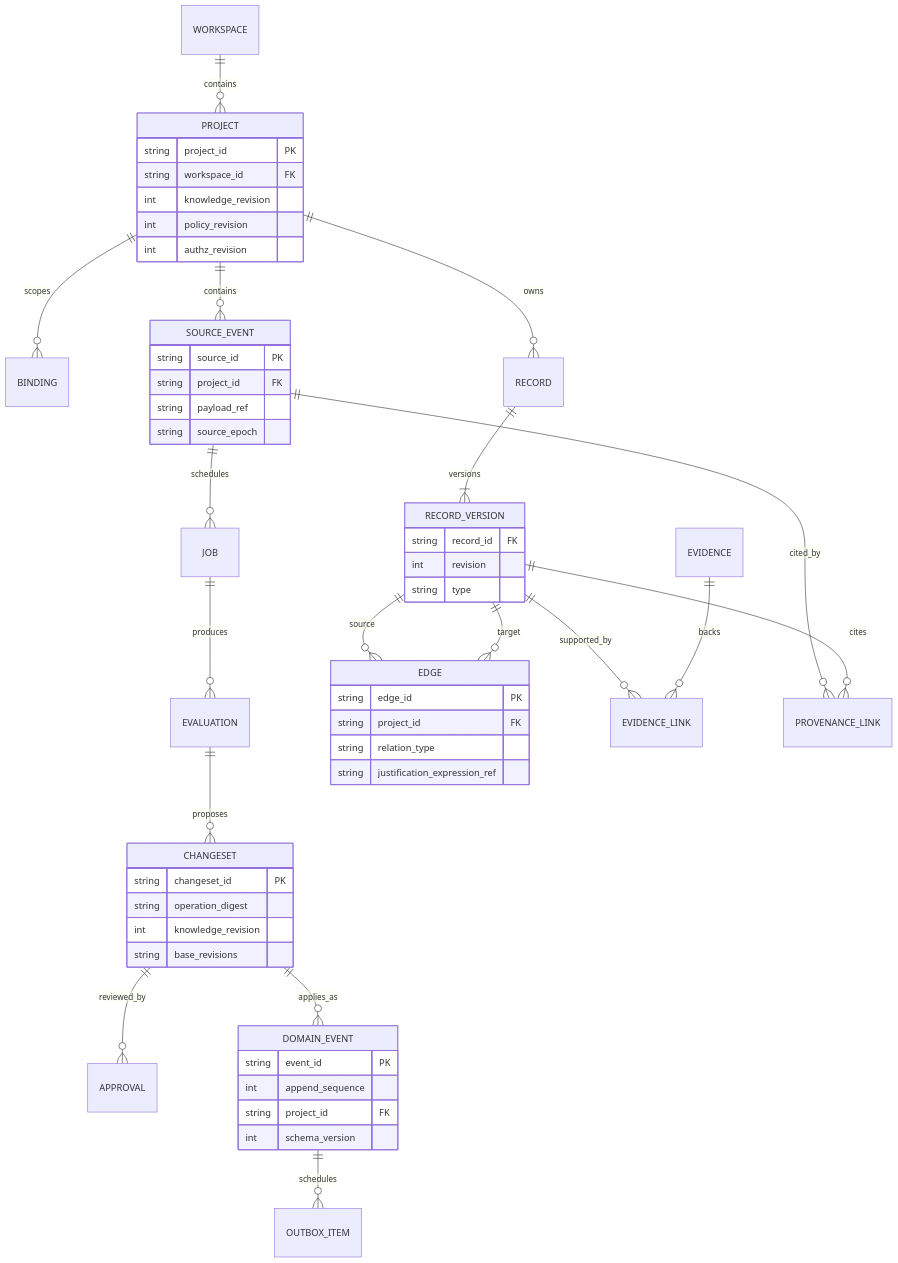
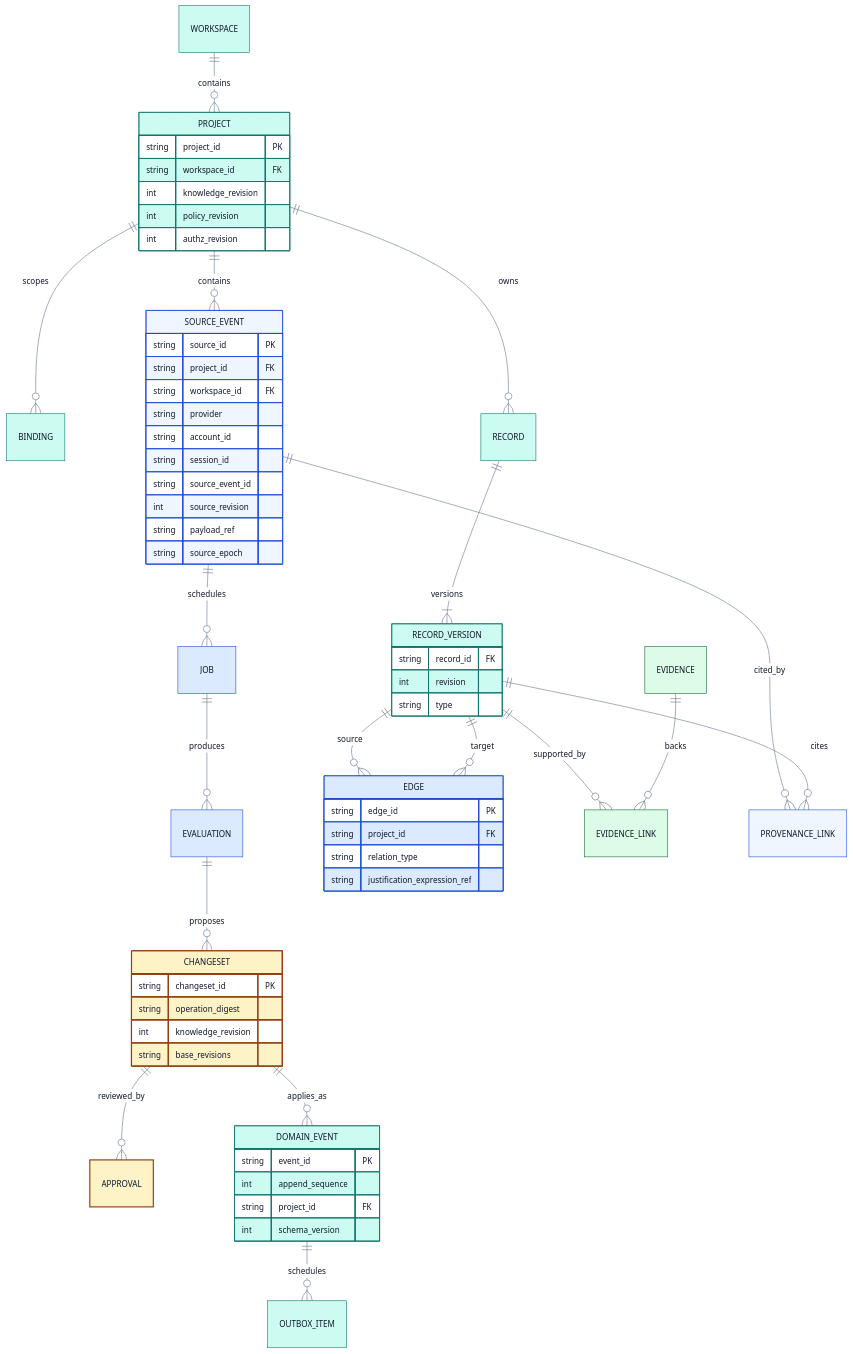
One commit to alphanAkbulut/decivora changed the third of 13 diagrams in docs/architecture/diagrams.md. Above: the diagram before and after it, drawn with Mermaid. The commit also changed other lines of this file and 21 other files, not shown here.

Commit message:
Refresh all Mermaid diagrams, clarify decision states and document rendering evidence

````diff
--- a/docs/architecture/diagrams.md
+++ b/docs/architecture/diagrams.md
@@ -78,56 +112,75 @@
 ```mermaid
+%%{init: {"theme":"base","themeVariables":{"fontFamily":"Arial, sans-serif","fontSize":"14px","primaryColor":"#eff6ff","primaryTextColor":"#0f172a","primaryBorderColor":"#1d4ed8","lineColor":"#64748b","secondaryColor":"#ccfbf1","tertiaryColor":"#f1f5f9","background":"#ffffff","mainBkg":"#eff6ff","textColor":"#0f172a","clusterBkg":"#f8fafc","clusterBorder":"#94a3b8","edgeLabelBackground":"#ffffff","actorBkg":"#eff6ff","actorTextColor":"#0f172a","actorBorder":"#1d4ed8","signalColor":"#64748b","signalTextColor":"#0f172a","noteBkgColor":"#fef3c7","noteTextColor":"#0f172a","noteBorderColor":"#92400e"},"flowchart":{"htmlLabels":false,"curve":"linear"},"sequence":{"wrap":true},"themeCSS":"background-color:#ffffff;"}}%%
 erDiagram
+    accTitle: Kanonik mantıksal veri modeli
+    accDescr: Önerilen tasarım veya açıkça belirtilen sentetik örnek. Renkler alan ve kontrol türünü gösterir; implemented veya passed kanıtı değildir. Yetki, revision ve coverage sınırları korunur.
     WORKSPACE ||--o{ PROJECT : contains
     PROJECT ||--o{ BINDING : scopes
     PROJECT ||--o{ SOURCE_EVENT : contains
     PROJECT ||--o{ RECORD : owns
     SOURCE_EVENT ||--o{ JOB : schedules
     JOB ||--o{ EVALUATION : produces
     EVALUATION ||--o{ CHANGESET : proposes
     CHANGESET ||--o{ APPROVAL : reviewed_by
     CHANGESET ||--o{ DOMAIN_EVENT : applies_as
     RECORD ||--|{ RECORD_VERSION : versions
     RECORD_VERSION ||--o{ EDGE : source
     RECORD_VERSION ||--o{ EDGE : target
     RECORD_VERSION ||--o{ EVIDENCE_LINK : supported_by
     EVIDENCE ||--o{ EVIDENCE_LINK : backs
     SOURCE_EVENT ||--o{ PROVENANCE_LINK : cited_by
     RECORD_VERSION ||--o{ PROVENANCE_LINK : cites
     DOMAIN_EVENT ||--o{ OUTBOX_ITEM : schedules
     PROJECT {
         string project_id PK
         string workspace_id FK
         int knowledge_revision
         int policy_revision
         int authz_revision
     }
     SOURCE_EVENT {
         string source_id PK
         string project_id FK
+        string workspace_id FK
+        string provider
+        string account_id
+        string session_id
+        string source_event_id
+        int source_revision
         string payload_ref
         string source_epoch
     }
     RECORD_VERSION {
         string record_id FK
         int revision
         string type
     }
     EDGE {
         string edge_id PK
         string project_id FK
         string relation_type
         string justification_expression_ref
     }
     CHANGESET {
         string changeset_id PK
         string operation_digest
         int knowledge_revision
         string base_revisions
     }
     DOMAIN_EVENT {
         string event_id PK
         int append_sequence
         string project_id FK
         int schema_version
     }
+    classDef store fill:#ccfbf1,stroke:#0f766e,color:#0f172a
+    classDef source fill:#eff6ff,stroke:#1d4ed8,color:#0f172a
+    classDef process fill:#dbeafe,stroke:#1d4ed8,color:#0f172a
+    classDef gate fill:#fef3c7,stroke:#92400e,color:#0f172a,stroke-width:2px
+    classDef evidence fill:#dcfce7,stroke:#166534,color:#0f172a
+    class WORKSPACE,PROJECT,BINDING,RECORD,RECORD_VERSION,DOMAIN_EVENT,OUTBOX_ITEM store
+    class SOURCE_EVENT,PROVENANCE_LINK source
+    class JOB,EVALUATION,EDGE process
+    class CHANGESET,APPROVAL gate
+    class EVIDENCE,EVIDENCE_LINK evidence
 ```
````
